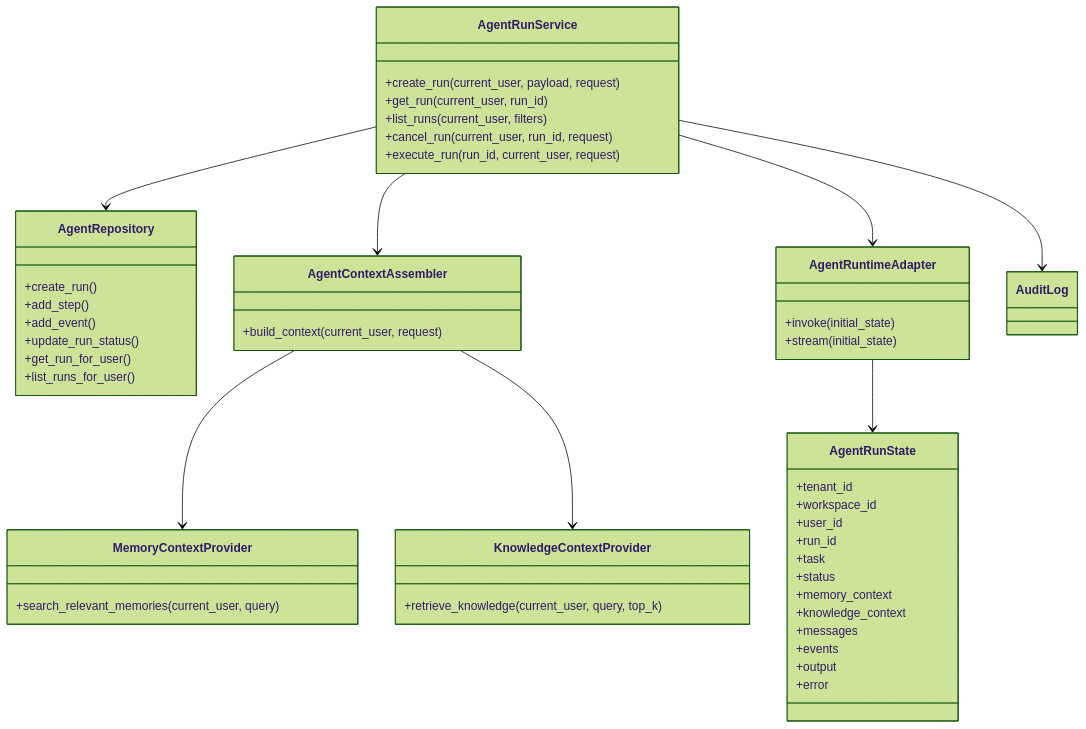
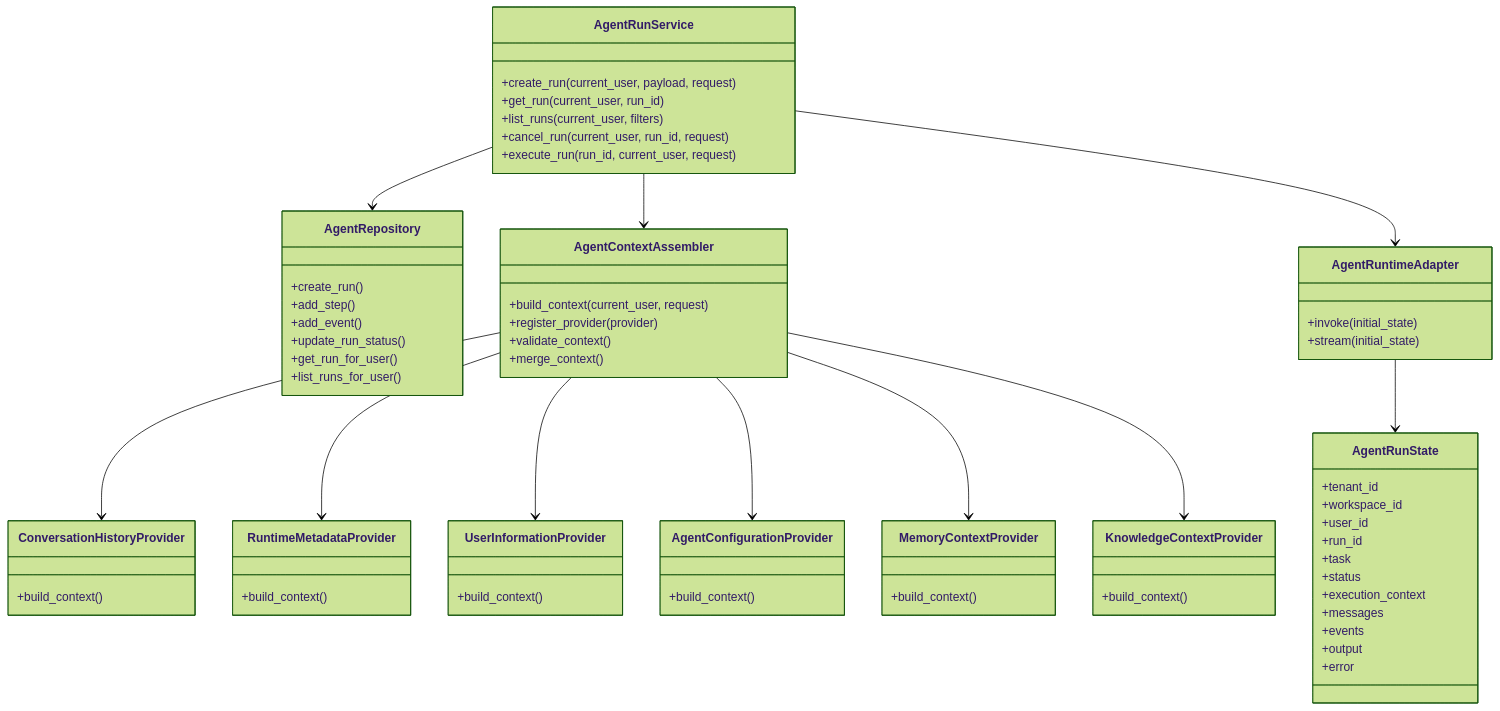
One commit to Rahul-curious/jarvis-ai-os changed the second of 4 diagrams in docs/phase-6-agent-framework.md. Above: the diagram before and after it, drawn with Mermaid (forest theme). The commit also changed other lines of this file, not shown here.

First line of the commit message:
Enhance agent framework documentation with context providers

````diff
--- a/docs/phase-6-agent-framework.md
+++ b/docs/phase-6-agent-framework.md
@@ -152,5 +152,6 @@
 ```mermaid
 classDiagram
+
     class AgentRunService {
         +create_run(current_user, payload, request)
         +get_run(current_user, run_id)
@@ -170,14 +171,33 @@
 
     class AgentContextAssembler {
         +build_context(current_user, request)
+        +register_provider(provider)
+        +validate_context()
+        +merge_context()
+    }
+
+    class ConversationHistoryProvider {
+        +build_context()
+    }
+
+    class RuntimeMetadataProvider {
+        +build_context()
+    }
+
+    class UserInformationProvider {
+        +build_context()
+    }
+
+    class AgentConfigurationProvider {
+        +build_context()
     }
 
     class MemoryContextProvider {
-        +search_relevant_memories(current_user, query)
+        +build_context()
     }
 
     class KnowledgeContextProvider {
-        +retrieve_knowledge(current_user, query, top_k)
+        +build_context()
     }
 
     class AgentRuntimeAdapter {
@@ -192,8 +212,7 @@
         +run_id
         +task
         +status
-        +memory_context
-        +knowledge_context
+        +execution_context
         +messages
         +events
         +output
@@ -203,8 +222,13 @@
     AgentRunService --> AgentRepository
     AgentRunService --> AgentContextAssembler
     AgentRunService --> AgentRuntimeAdapter
-    AgentRunService --> AuditLog
+
+    AgentContextAssembler --> ConversationHistoryProvider
+    AgentContextAssembler --> RuntimeMetadataProvider
+    AgentContextAssembler --> UserInformationProvider
+    AgentContextAssembler --> AgentConfigurationProvider
     AgentContextAssembler --> MemoryContextProvider
     AgentContextAssembler --> KnowledgeContextProvider
+
     AgentRuntimeAdapter --> AgentRunState
 ```
````
